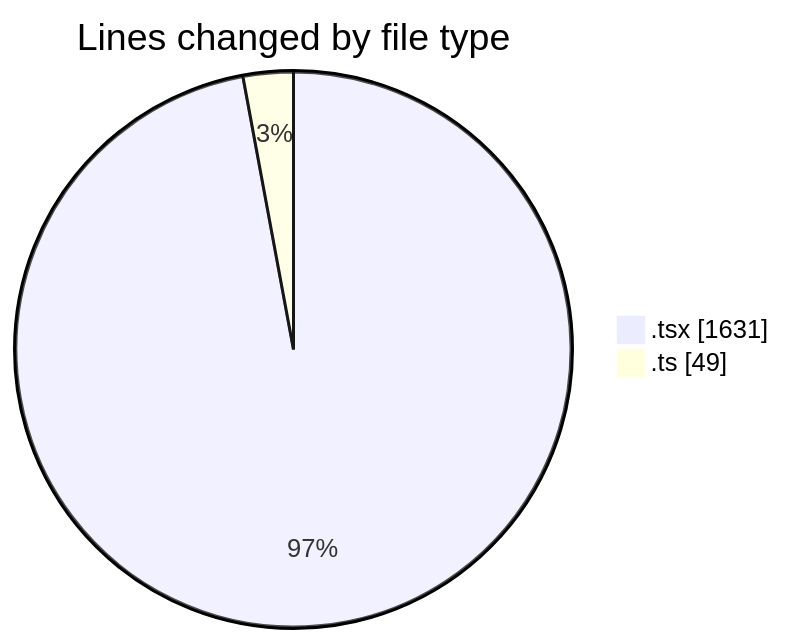
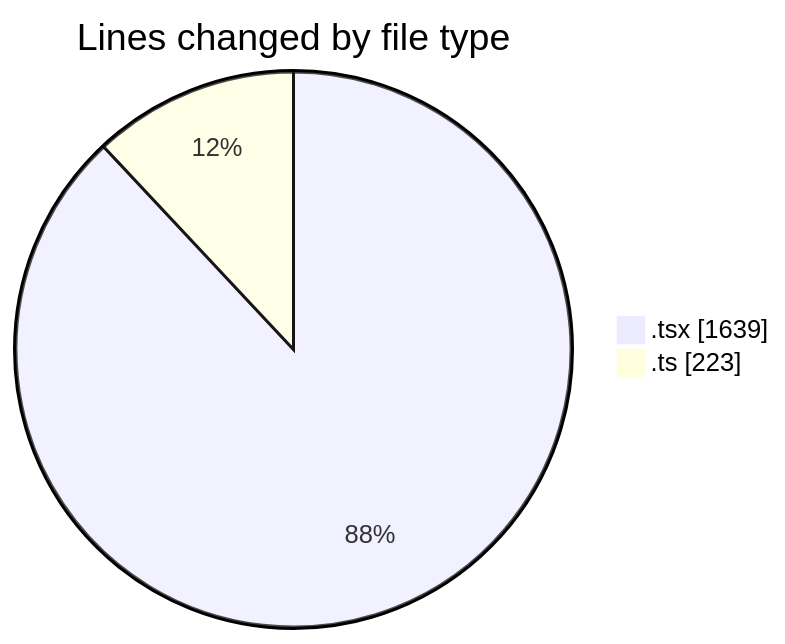
Before and after one commit to momahboobian/code-tracking: the first of 2 diagrams in 2025-09-24/cda/README.md, drawn with Mermaid. The commit also changed other lines of this file and 1 other file, not shown here.

````diff
--- a/2025-09-24/cda/README.md
+++ b/2025-09-24/cda/README.md
@@ -23,6 +26,6 @@
 ```mermaid
 pie showData
 title Lines changed by file type
-".tsx" : 1631
-".ts" : 49
+".tsx" : 1639
+".ts" : 223
 ```
````
